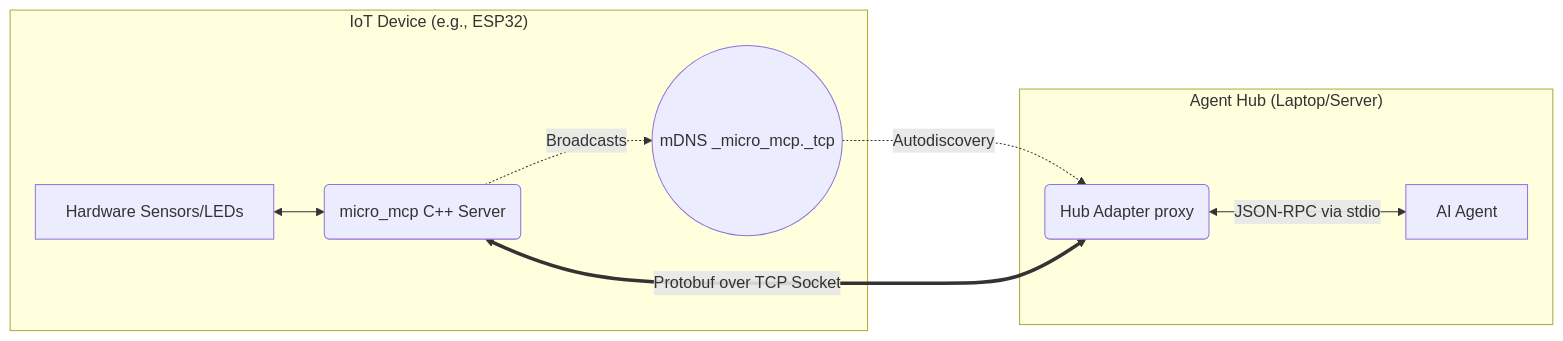
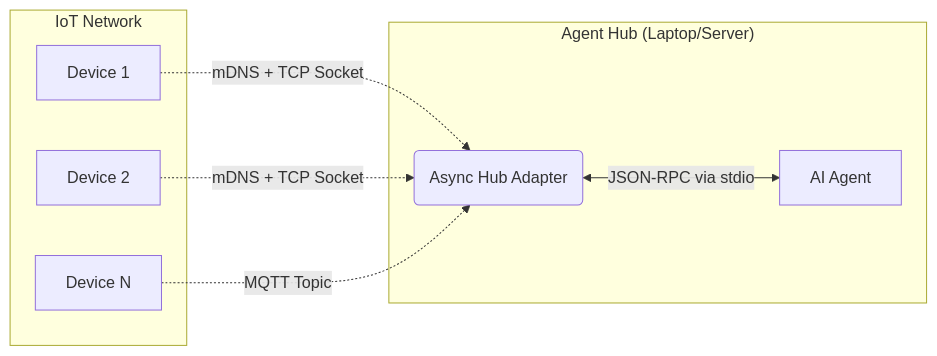
Before and after one commit to gonesrividya13/micro_mcp: the diagram in README.md, drawn with Mermaid. The commit also changed other lines of this file and 14 other files, not shown here.

Commit message:
feat: upgrade architecture to mqtt fleet scaling, fix framing and broadcasts

````diff
--- a/README.md
+++ b/README.md
@@ -15,14 +15,16 @@
 ```mermaid
 graph LR
-    subgraph "IoT Device (e.g., ESP32)"
-        Sensors[Hardware Sensors/LEDs] <--> MicroServer(micro_mcp C++ Server)
-        MicroServer -.->|Broadcasts| mDNS((mDNS _micro_mcp._tcp))
+    subgraph "IoT Network"
+        D1[Device 1]
+        D2[Device 2]
+        Dn[Device N]
     end
     
     subgraph "Agent Hub (Laptop/Server)"
-        Adapter(Hub Adapter proxy) <-->|JSON-RPC via stdio| Agent[AI Agent]
+        Adapter(Async Hub Adapter) <-->|JSON-RPC via stdio| Agent[AI Agent]
     end
     
-    mDNS -.->|Autodiscovery| Adapter
-    MicroServer <==>|Protobuf over TCP Socket| Adapter
+    D1 -.->|mDNS + TCP Socket| Adapter
+    D2 -.->|mDNS + TCP Socket| Adapter
+    Dn -.->|MQTT Topic| Adapter
 ```
````
